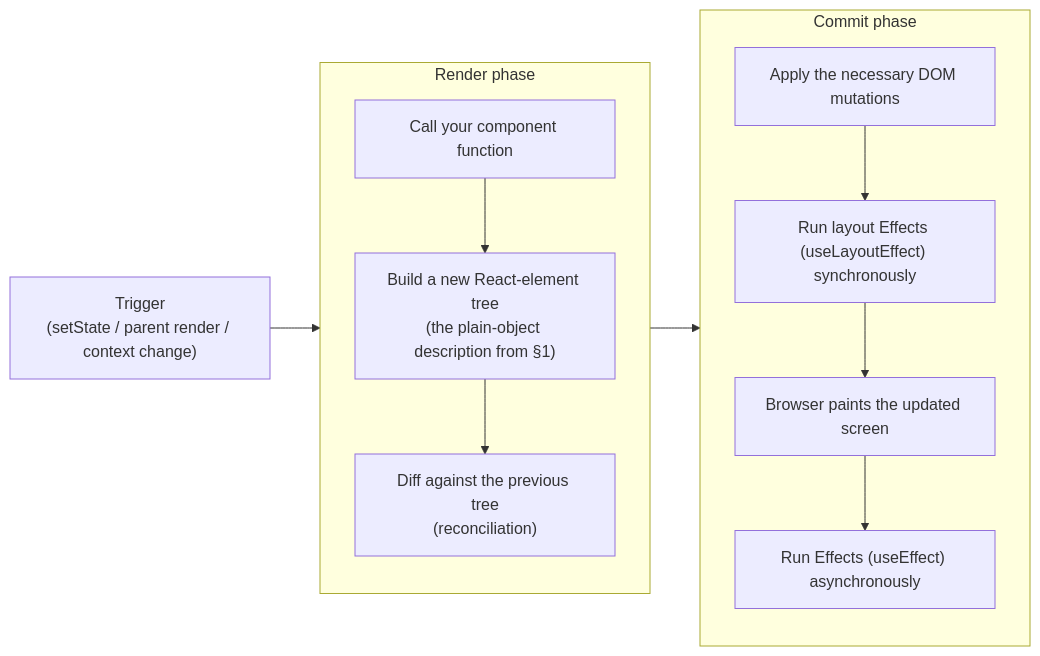
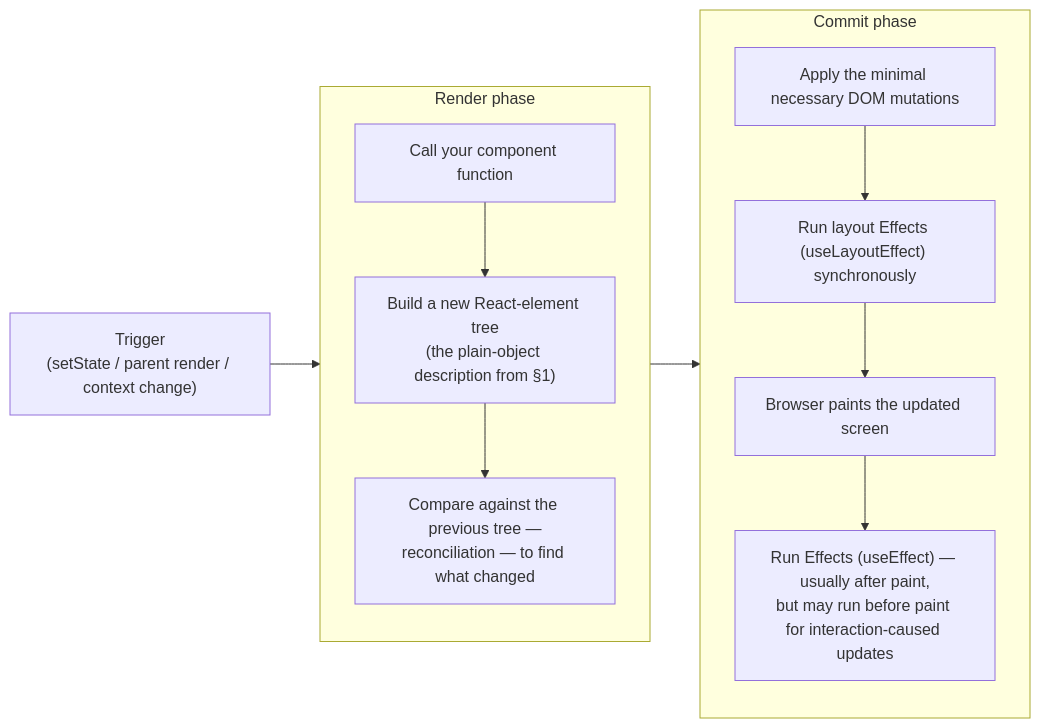
The third of 5 diagrams in notes/01-foundations/README.md (tushardongre1990/Claude-React), drawn with Mermaid before and after one commit. The commit also changed other lines of this file and 1 other file, not shown here.

````diff
--- a/notes/01-foundations/README.md
+++ b/notes/01-foundations/README.md
@@ -450,20 +536,20 @@
 ```mermaid
 flowchart LR
     trigger["Trigger\n(setState / parent render / context change)"] --> render
     subgraph render["Render phase"]
         direction TB
         r1["Call your component function"]
         r2["Build a new React-element tree\n(the plain-object description from §1)"]
-        r3["Diff against the previous tree\n(reconciliation)"]
+        r3["Compare against the previous tree —\nreconciliation — to find what changed"]
         r1 --> r2 --> r3
     end
     render --> commit
     subgraph commit["Commit phase"]
         direction TB
-        c1["Apply the necessary DOM mutations"]
+        c1["Apply the minimal necessary DOM mutations"]
         c2["Run layout Effects (useLayoutEffect) synchronously"]
         c3["Browser paints the updated screen"]
-        c4["Run Effects (useEffect) asynchronously"]
+        c4["Run Effects (useEffect) — usually after paint,\nbut may run before paint for interaction-caused updates"]
         c1 --> c2 --> c3 --> c4
     end
 ```
````
